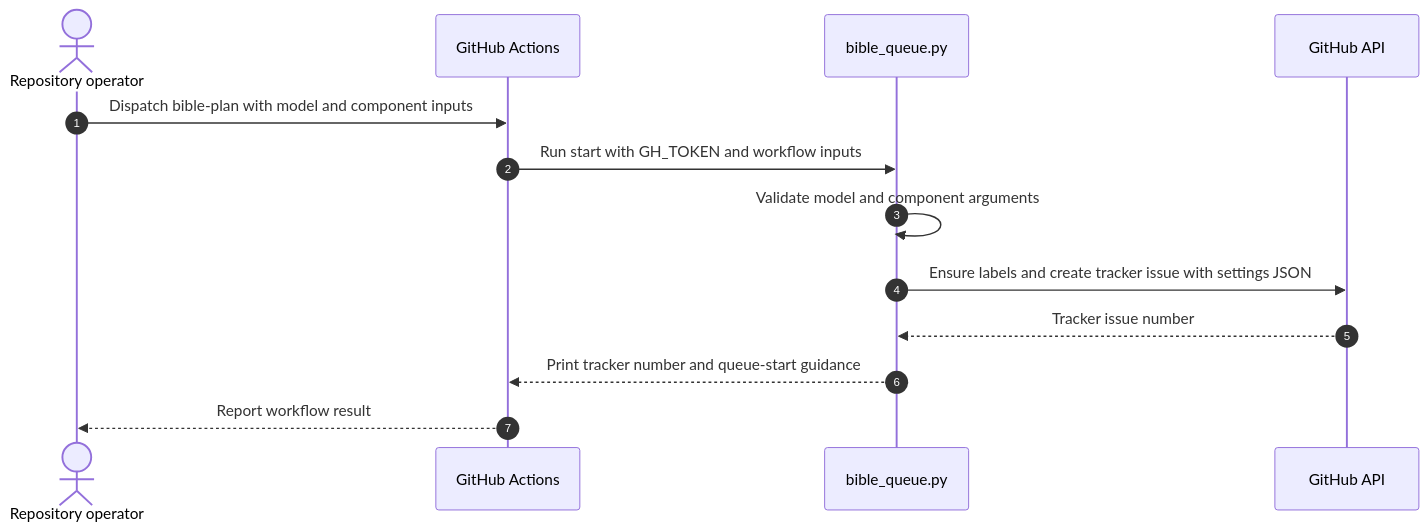
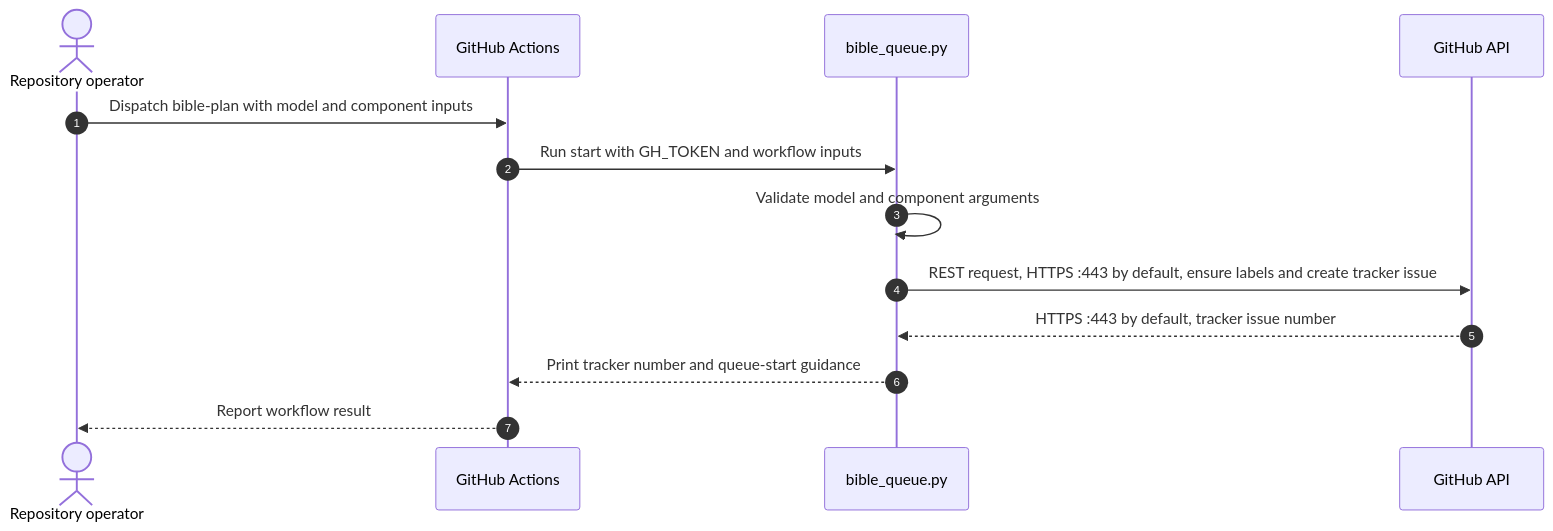
The first of 10 diagrams in codebase-analysis/hld/05-key-flows.md (vishalc412/bible-mode-b-test), drawn with Mermaid before and after one commit. The commit also changed other lines of this file and 27 other files, not shown here.

````diff
--- a/codebase-analysis/hld/05-key-flows.md
+++ b/codebase-analysis/hld/05-key-flows.md
@@ -41,15 +41,15 @@
 ```mermaid
 sequenceDiagram
   autonumber
   actor Operator as Repository operator
   participant Actions as GitHub Actions
   participant Queue as bible_queue.py
   participant API as GitHub API
   Operator->>Actions: Dispatch bible-plan with model and component inputs
   Actions->>Queue: Run start with GH_TOKEN and workflow inputs
   Queue->>Queue: Validate model and component arguments
-  Queue->>API: Ensure labels and create tracker issue with settings JSON
-  API-->>Queue: Tracker issue number
+  Queue->>API: REST request, HTTPS :443 by default, ensure labels and create tracker issue
+  API-->>Queue: HTTPS :443 by default, tracker issue number
   Queue-->>Actions: Print tracker number and queue-start guidance
   Actions-->>Operator: Report workflow result
 ```
````
